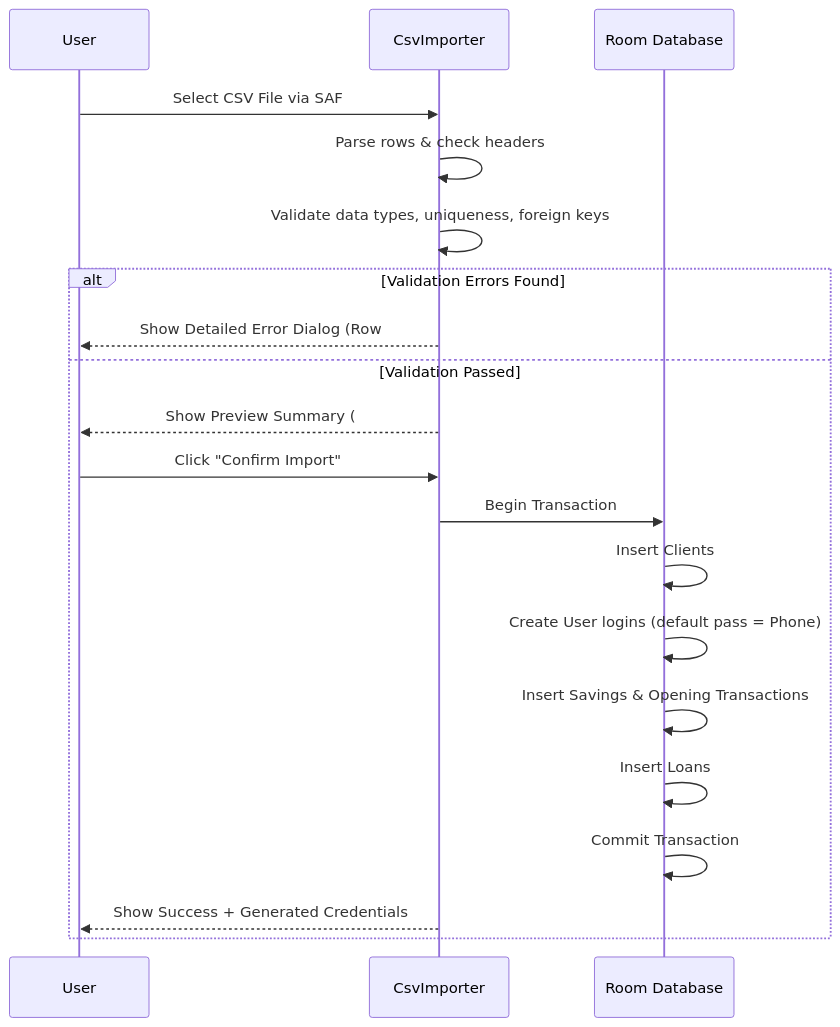
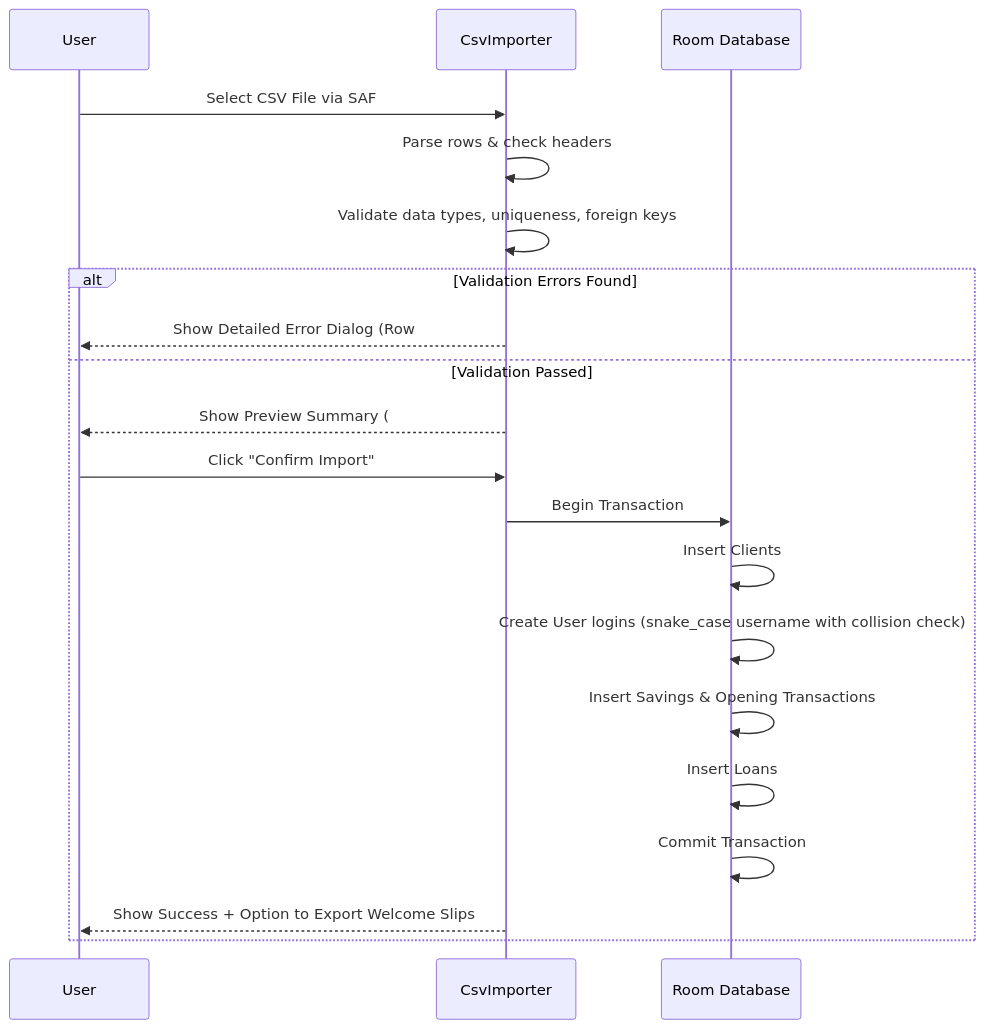
One commit to kiir33/FinanceApp changed the diagram in IMPLEMENTATION_PLAN.md. Above: the diagram before and after it, drawn with Mermaid. The commit also changed other lines of this file, not shown here.

````diff
--- a/IMPLEMENTATION_PLAN.md
+++ b/IMPLEMENTATION_PLAN.md
@@ -555,23 +555,23 @@
 ```mermaid
 sequenceDiagram
     participant User
     participant CsvImporter
     participant DB as Room Database
 
     User->>CsvImporter: Select CSV File via SAF
     CsvImporter->>CsvImporter: Parse rows & check headers
     CsvImporter->>CsvImporter: Validate data types, uniqueness, foreign keys
     alt Validation Errors Found
         CsvImporter-->>User: Show Detailed Error Dialog (Row #, Column, Reason)
     else Validation Passed
         CsvImporter-->>User: Show Preview Summary (# of members, total balances)
         User->>CsvImporter: Click "Confirm Import"
         CsvImporter->>DB: Begin Transaction
         DB->>DB: Insert Clients
-        DB->>DB: Create User logins (default pass = Phone)
+        DB->>DB: Create User logins (snake_case username with collision check)
         DB->>DB: Insert Savings & Opening Transactions
         DB->>DB: Insert Loans
         DB->>DB: Commit Transaction
-        CsvImporter-->>User: Show Success + Generated Credentials
+        CsvImporter-->>User: Show Success + Option to Export Welcome Slips
     end
 ```
````
